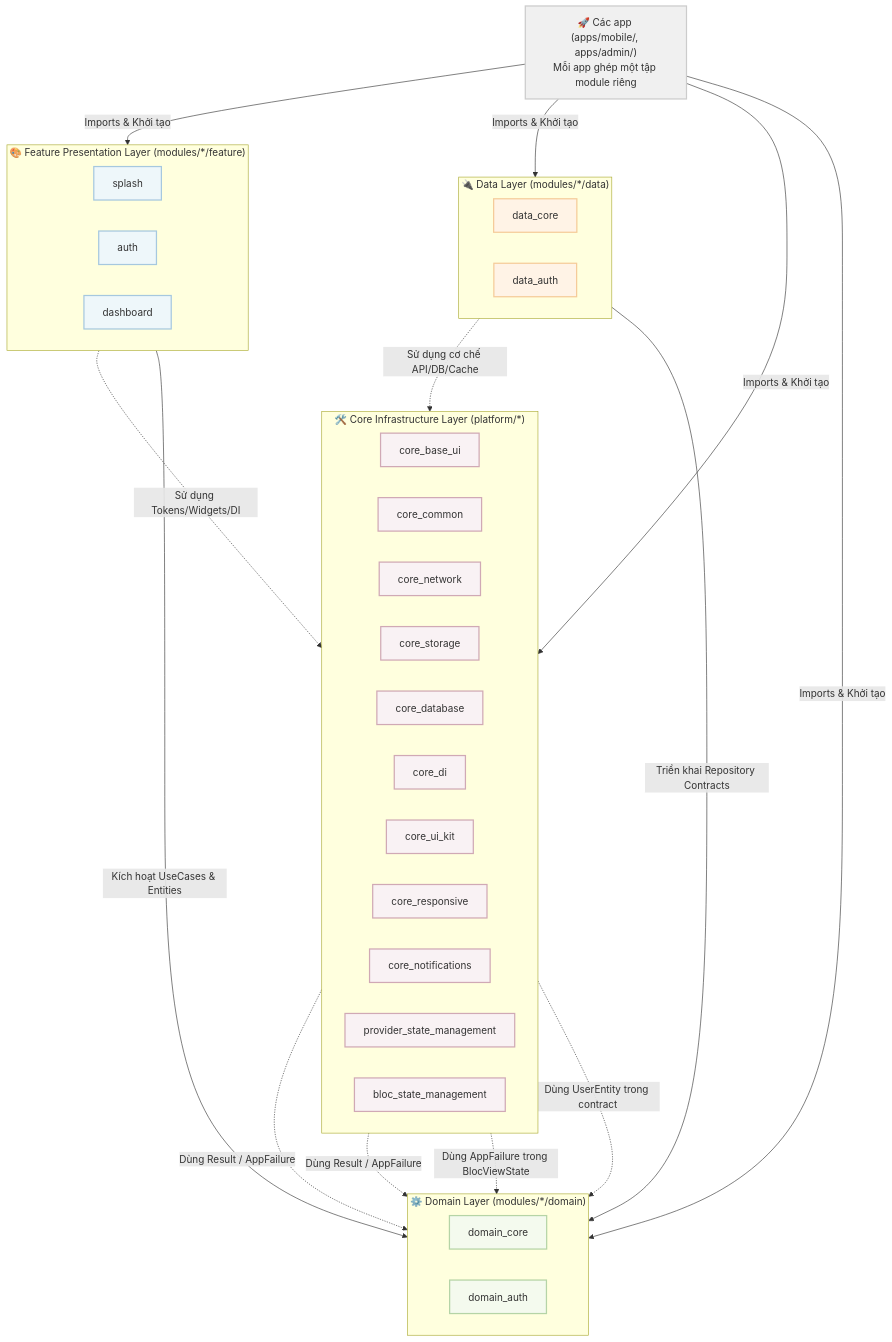
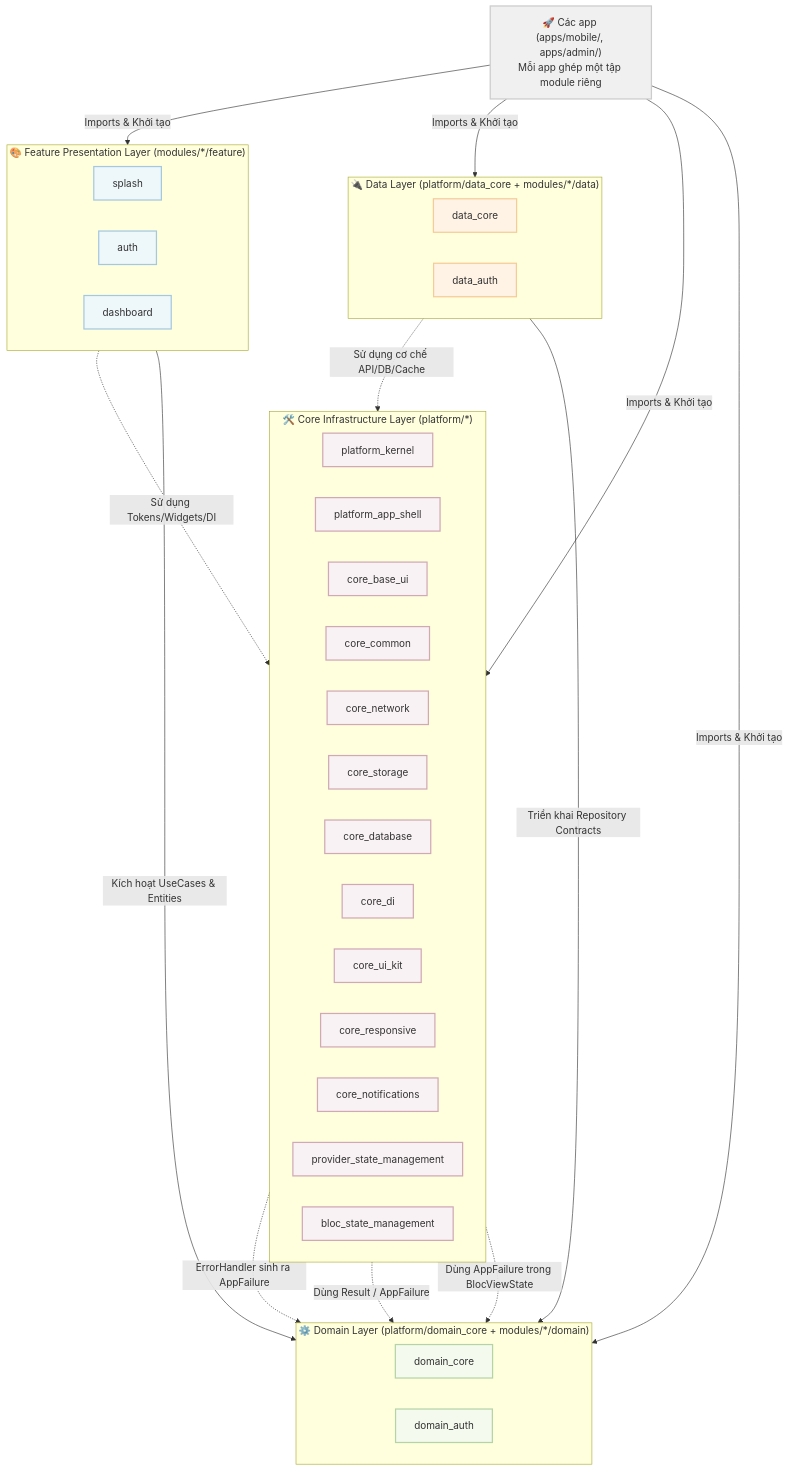
One commit to CaoGiaHieu-dev/flutter-monorepo-codebase changed the diagram in README.vi.md. Above: the diagram before and after it, drawn with Mermaid. The commit also changed other lines of this file and 53 other files, not shown here.

````diff
--- a/README.vi.md
+++ b/README.vi.md
@@ -18,63 +18,64 @@
 ```mermaid
 graph TD
     classDef core fill:#f9f2f4,stroke:#d0a9b5,stroke-width:2px,color:#333;
     classDef feature fill:#eef7fa,stroke:#a6c8df,stroke-width:2px,color:#333;
     classDef domain fill:#f4faee,stroke:#b5d4a6,stroke-width:2px,color:#333;
     classDef data fill:#fff3e6,stroke:#f5cb99,stroke-width:2px,color:#333;
     classDef app fill:#f0f0f0,stroke:#cccccc,stroke-width:2px,color:#333;
 
     App["🚀 Các app (apps/mobile/, apps/admin/)<br/>Mỗi app ghép một tập module riêng"]:::app
 
     subgraph FeatureLayer ["🎨 Feature Presentation Layer (modules/*/feature)"]
         direction LR
         FeatSplash["splash"]:::feature
         FeatAuth["auth"]:::feature
         FeatDash["dashboard"]:::feature
     end
 
-    subgraph DataLayer ["🔌 Data Layer (modules/*/data)"]
+    subgraph DataLayer ["🔌 Data Layer (platform/data_core + modules/*/data)"]
         direction LR
         DataCore["data_core"]:::data
         DataAuth["data_auth"]:::data
     end
 
-    subgraph DomainLayer ["⚙️ Domain Layer (modules/*/domain)"]
+    subgraph DomainLayer ["⚙️ Domain Layer (platform/domain_core + modules/*/domain)"]
         direction LR
         DomCore["domain_core"]:::domain
         DomAuth["domain_auth"]:::domain
     end
 
     subgraph CoreLayer ["🛠️ Core Infrastructure Layer (platform/*)"]
         direction LR
+        CoreKern["platform_kernel"]:::core
+        CoreShell["platform_app_shell"]:::core
         CoreUI["core_base_ui"]:::core
         CoreCom["core_common"]:::core
         CoreNet["core_network"]:::core
         CoreStore["core_storage"]:::core
         CoreDB["core_database"]:::core
         CoreDI["core_di"]:::core
         CoreKit["core_ui_kit"]:::core
         CoreResp["core_responsive"]:::core
         CoreNotif["core_notifications"]:::core
         CoreProv["provider_state_management"]:::core
         CoreBloc["bloc_state_management"]:::core
     end
 
     %% Cross-layer Relationships
     App -->|"Imports & Khởi tạo"| FeatureLayer
     App -->|"Imports & Khởi tạo"| DataLayer
     App -->|"Imports & Khởi tạo"| DomainLayer
     App -->|"Imports & Khởi tạo"| CoreLayer
 
     FeatureLayer -->|"Kích hoạt UseCases & Entities"| DomainLayer
     DataLayer -->|"Triển khai Repository Contracts"| DomainLayer
 
     FeatureLayer -.->|"Sử dụng Tokens/Widgets/DI"| CoreLayer
     DataLayer -.->|"Sử dụng cơ chế API/DB/Cache"| CoreLayer
 
     %% Domain nằm ở tâm và KHÔNG phụ thuộc gì cả.
     %% Core được phép phụ thuộc Domain — không bao giờ ngược lại.
-    CoreCom -.->|"Dùng Result / AppFailure"| DomCore
+    CoreKern -.->|"ErrorHandler sinh ra AppFailure"| DomCore
     CoreProv -.->|"Dùng Result / AppFailure"| DomCore
     CoreBloc -.->|"Dùng AppFailure trong BlocViewState"| DomCore
-    CoreDI -.->|"Dùng UserEntity trong contract"| DomAuth
 ```
````
